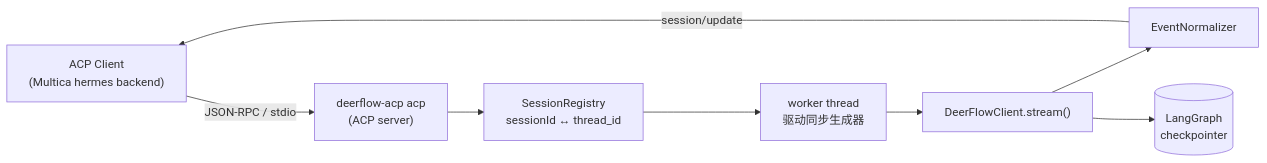
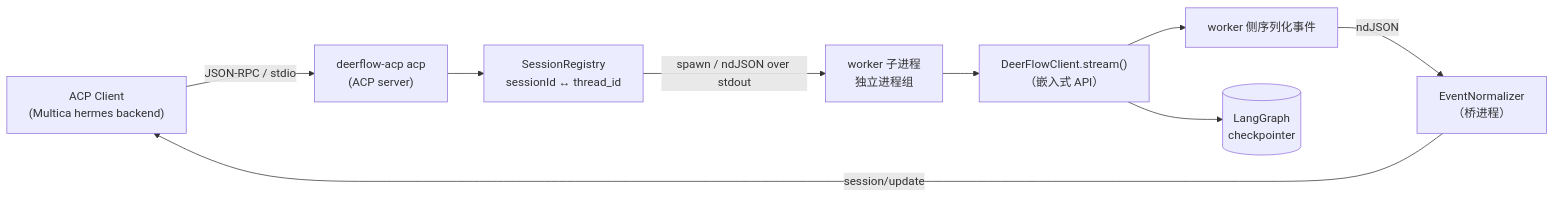
The diagram in README.md (cfgxy/deerflow-acp), drawn with Mermaid before and after one commit. The commit also changed other lines of this file and 16 other files, not shown here.

````diff
--- a/README.md
+++ b/README.md
@@ -11,10 +11,11 @@
 ```mermaid
 flowchart LR
     C["ACP Client<br/>(Multica hermes backend)"] -- "JSON-RPC / stdio" --> S["deerflow-acp acp<br/>(ACP server)"]
     S --> R["SessionRegistry<br/>sessionId ↔ thread_id"]
-    R --> W["worker thread<br/>驱动同步生成器"]
-    W --> D["DeerFlowClient.stream()"]
-    D --> N["EventNormalizer"]
+    R -- "spawn / ndJSON over stdout" --> W["worker 子进程<br/>独立进程组"]
+    W --> D["DeerFlowClient.stream()<br/>（嵌入式 API）"]
+    D --> N0["worker 侧序列化事件"]
+    N0 -- "ndJSON" --> N["EventNormalizer<br/>（桥进程）"]
     N -- "session/update" --> C
     D --> CP[("LangGraph<br/>checkpointer")]
 ```
````
